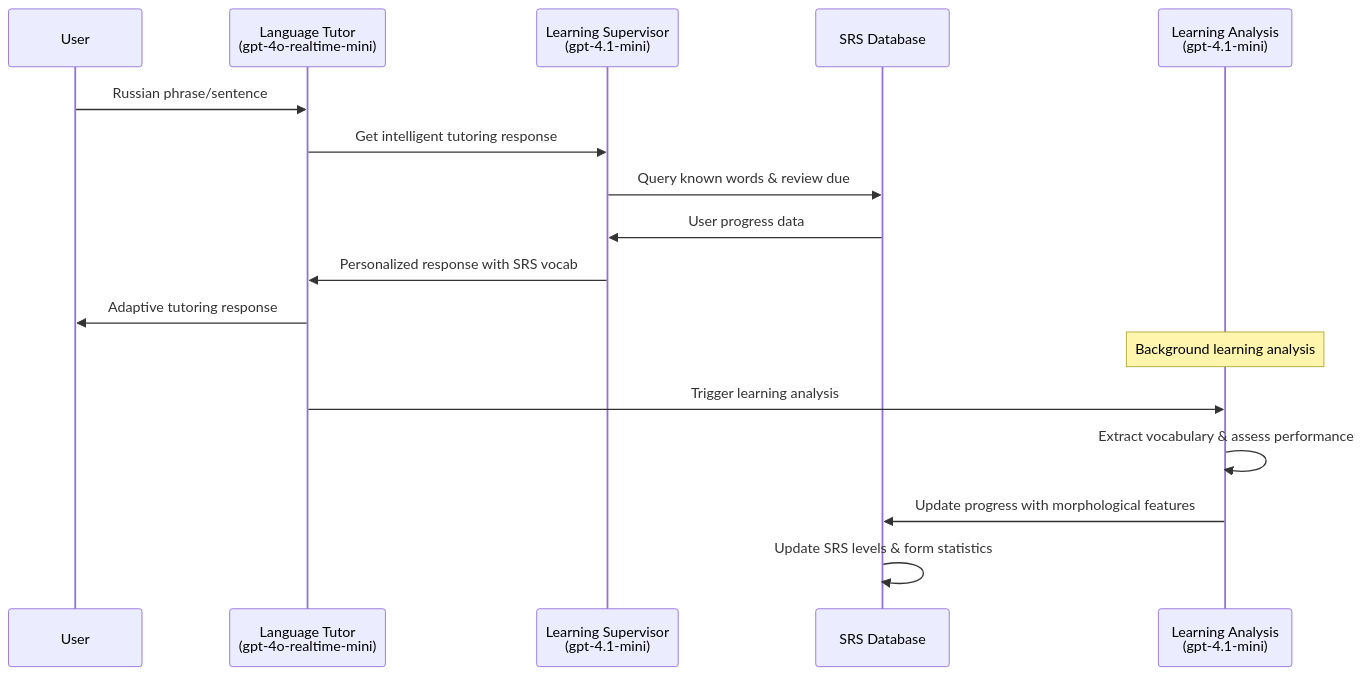
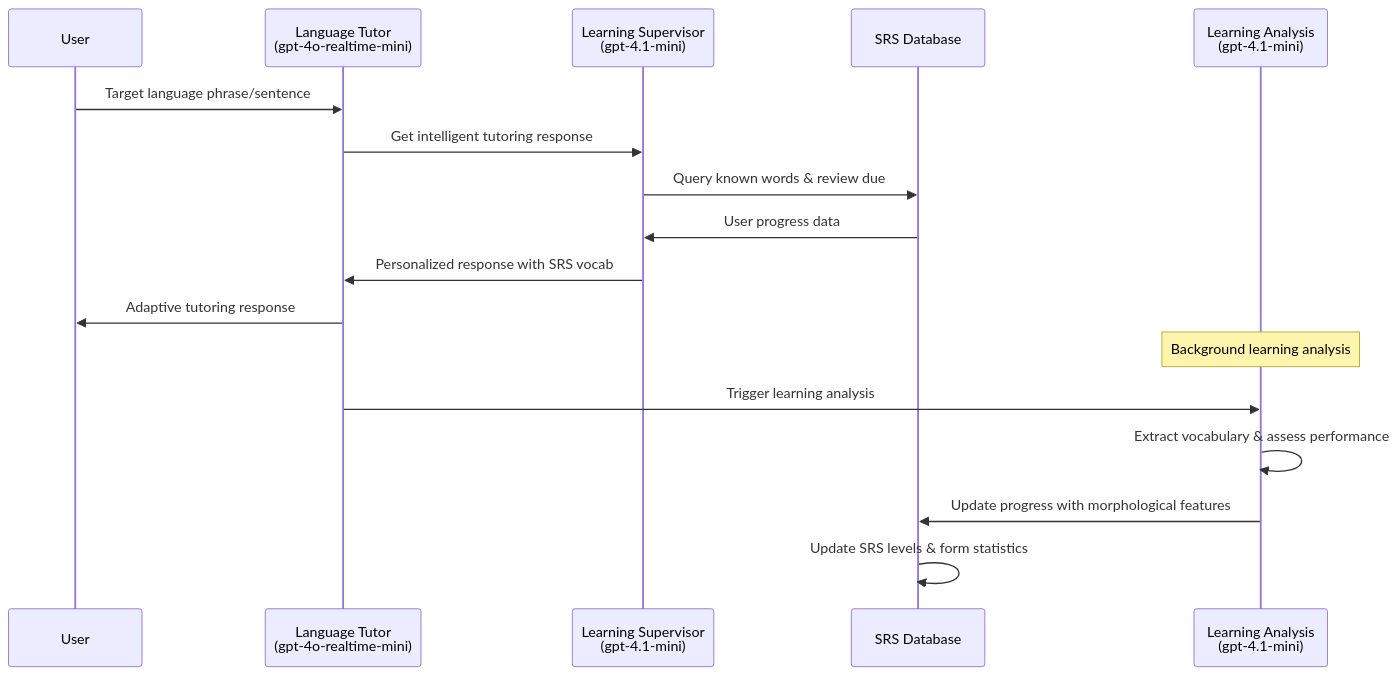
The diagram in README.md (coding-crying/realtime-agents-language-tutor), drawn with Mermaid before and after one commit. The commit also changed other lines of this file and 11 other files, not shown here.

````diff
--- a/README.md
+++ b/README.md
@@ -91,21 +91,21 @@
 ```mermaid
 sequenceDiagram
     participant User
     participant ChatAgent as Language Tutor<br/>(gpt-4o-realtime-mini)
     participant Supervisor as Learning Supervisor<br/>(gpt-4.1-mini)
     participant Neo4j as SRS Database
     participant Analysis as Learning Analysis<br/>(gpt-4.1-mini)
 
-    User->>ChatAgent: Russian phrase/sentence
+    User->>ChatAgent: Target language phrase/sentence
     ChatAgent->>Supervisor: Get intelligent tutoring response
     Supervisor->>Neo4j: Query known words & review due
     Neo4j->>Supervisor: User progress data
     Supervisor->>ChatAgent: Personalized response with SRS vocab
     ChatAgent->>User: Adaptive tutoring response
     
     Note over Analysis: Background learning analysis
     ChatAgent->>Analysis: Trigger learning analysis
     Analysis->>Analysis: Extract vocabulary & assess performance
     Analysis->>Neo4j: Update progress with morphological features
     Neo4j->>Neo4j: Update SRS levels & form statistics
 ```
````
